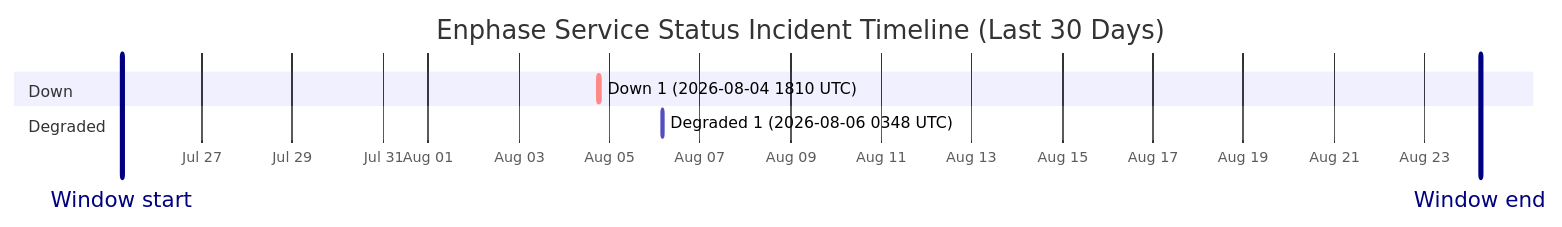
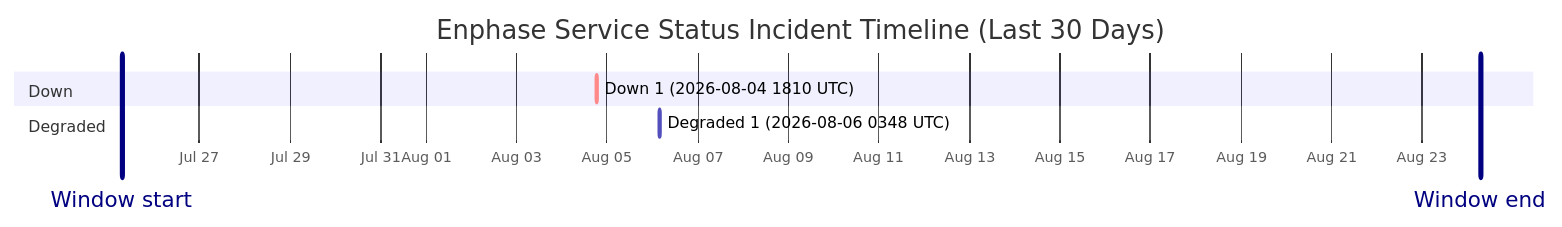
The diagram in wiki/Service-Status-History.md (barneyonline/ha-enphase-energy), drawn with Mermaid before and after one commit. The commit also changed other lines of this file and 3 other files, not shown here.

````diff
--- a/wiki/Service-Status-History.md
+++ b/wiki/Service-Status-History.md
@@ -14,12 +14,12 @@
 ```mermaid
 gantt
     title Enphase Service Status Incident Timeline (Last 30 Days)
     dateFormat  YYYY-MM-DDTHH:mm:ss
     axisFormat  %b %d
-    Window start :vert, window-start, 2026-07-25T05:36:07, 0ms
-    Window end :vert, window-end, 2026-08-24T05:36:07, 0ms
+    Window start :vert, window-start, 2026-07-25T06:54:08, 0ms
+    Window end :vert, window-end, 2026-08-24T06:54:08, 0ms
     section Down
     Down 1 (2026-08-04 1810 UTC) :crit, down-1, 2026-08-04T18:10:46, 60m
     section Degraded
     Degraded 1 (2026-08-06 0348 UTC) :active, degraded-1, 2026-08-06T03:48:14, 60m
 ```
````
